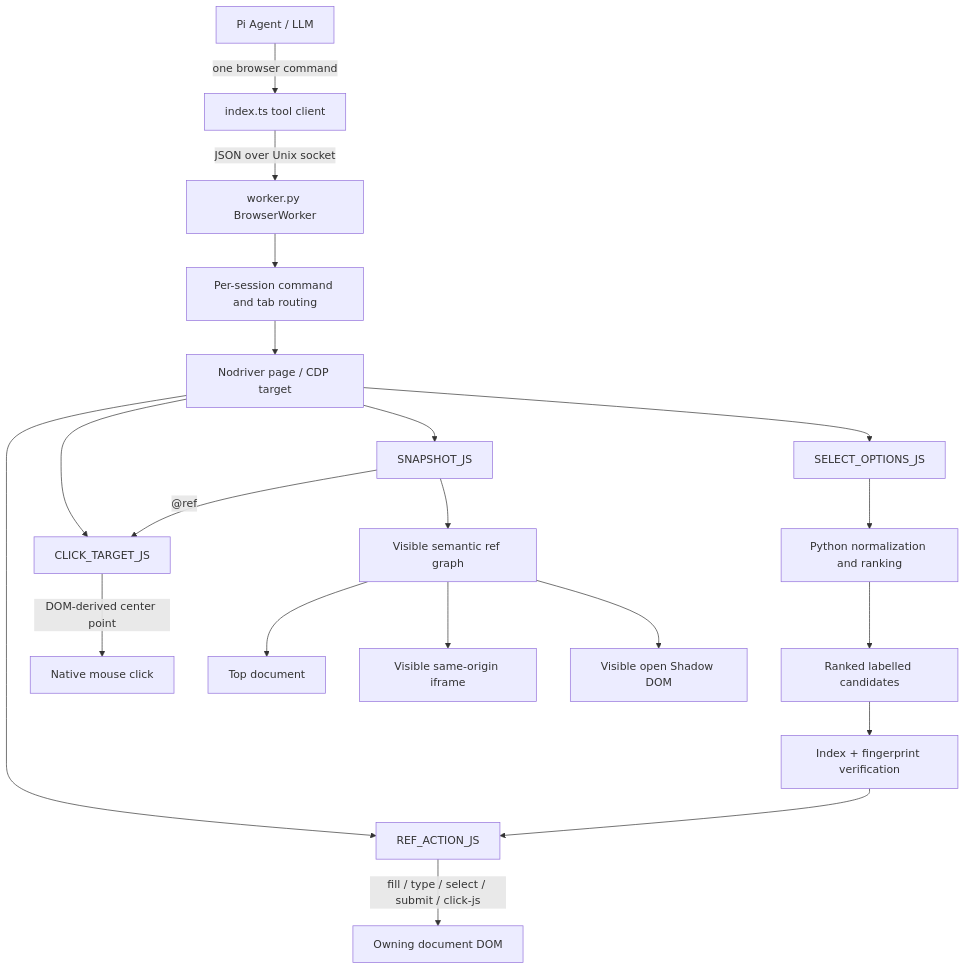
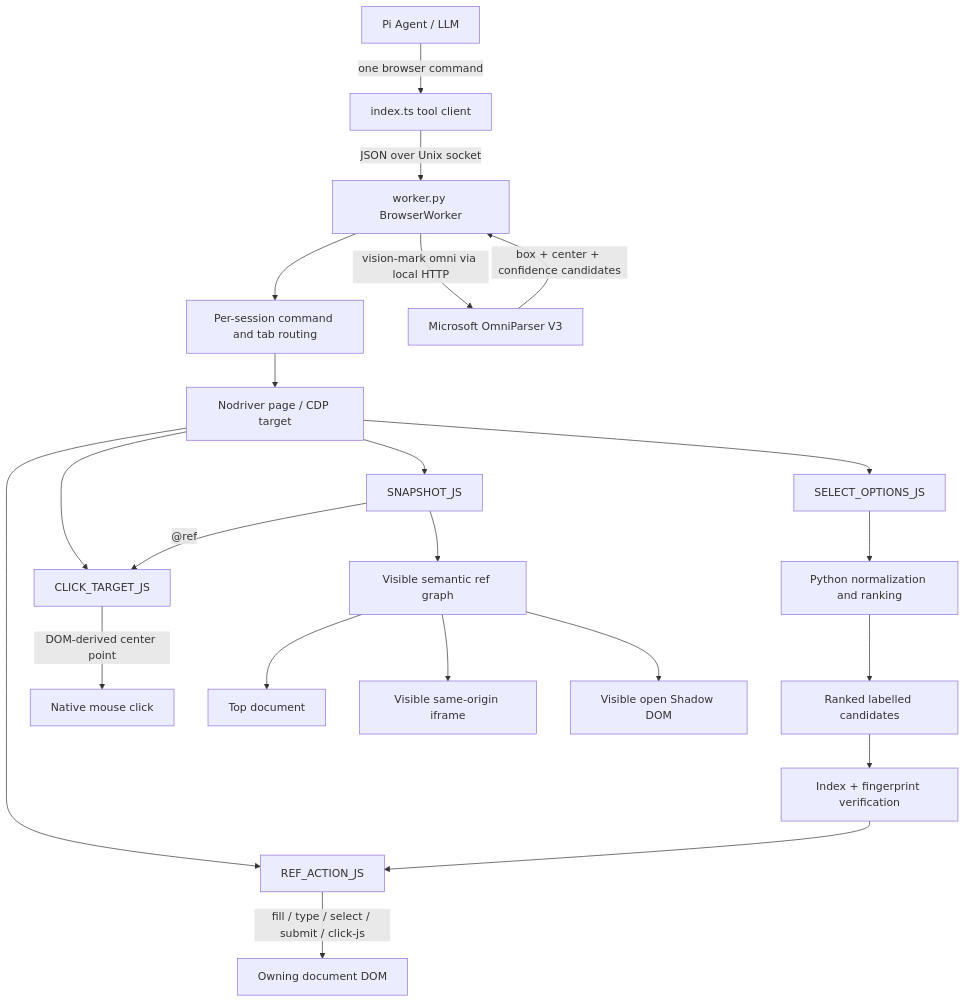
Before and after one commit to AyaSakura-comp/pi-nodriver-browser: the first of 3 diagrams in docs/semantic-actions-technical-design.md, drawn with Mermaid. The commit also changed other lines of this file and 5 other files, not shown here.

````diff
--- a/docs/semantic-actions-technical-design.md
+++ b/docs/semantic-actions-technical-design.md
@@ -45,26 +45,29 @@
 ```mermaid
 flowchart TB
     LLM[Pi Agent / LLM] -->|one browser command| CLIENT[index.ts tool client]
     CLIENT -->|JSON over Unix socket| WORKER[worker.py BrowserWorker]
     WORKER --> SESSION[Per-session command and tab routing]
     SESSION --> PAGE[Nodriver page / CDP target]
 
     PAGE --> SNAPSHOT[SNAPSHOT_JS]
     PAGE --> OPTIONS[SELECT_OPTIONS_JS]
     PAGE --> CLICK[CLICK_TARGET_JS]
     PAGE --> ACTION[REF_ACTION_JS]
 
     SNAPSHOT --> REFGRAPH[Visible semantic ref graph]
     OPTIONS --> RANK[Python normalization and ranking]
     RANK --> CANDIDATES[Ranked labelled candidates]
     CANDIDATES --> VERIFY[Index + fingerprint verification]
     VERIFY --> ACTION
 
     SNAPSHOT -->|"@ref"| CLICK
     CLICK -->|DOM-derived center point| NATIVE[Native mouse click]
     ACTION -->|fill / type / select / submit / click-js| DOM[Owning document DOM]
 
     REFGRAPH --> ROOT[Top document]
     REFGRAPH --> FRAME[Visible same-origin iframe]
     REFGRAPH --> SHADOW[Visible open Shadow DOM]
+
+    WORKER -->|vision-mark omni via local HTTP| OMNI[Microsoft OmniParser V3]
+    OMNI -->|box + center + confidence candidates| WORKER
 ```
````
